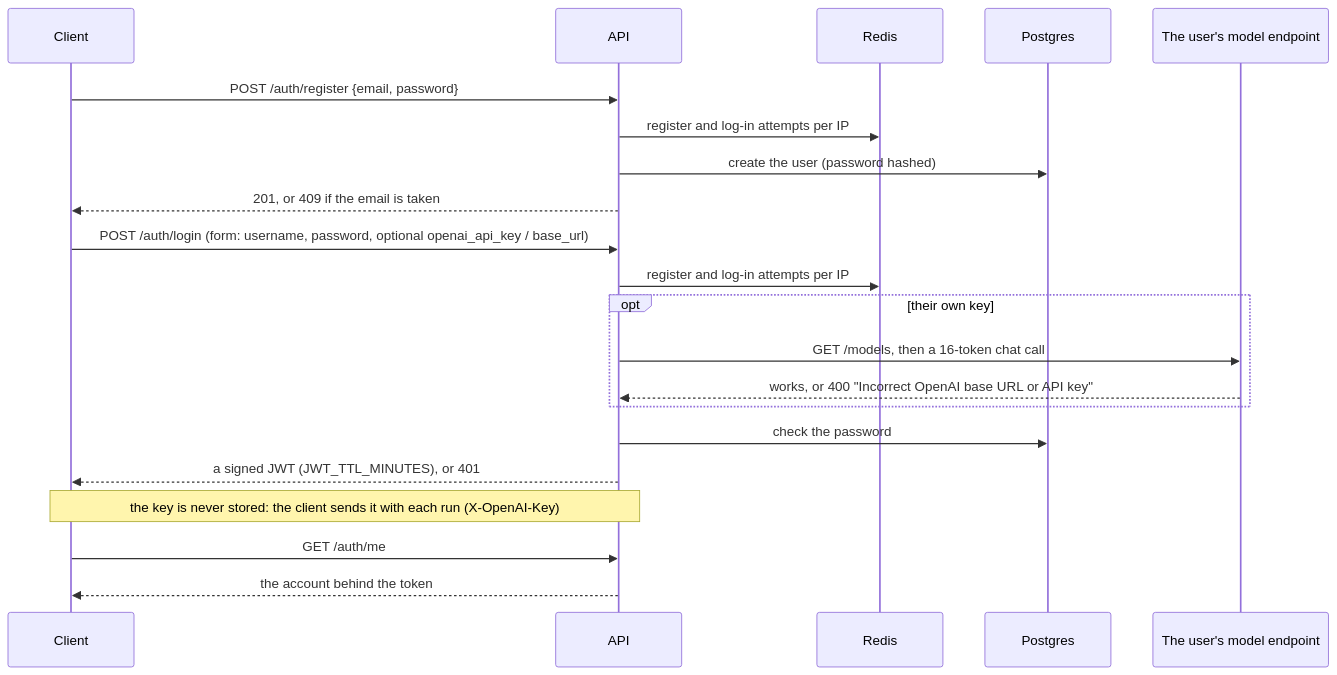
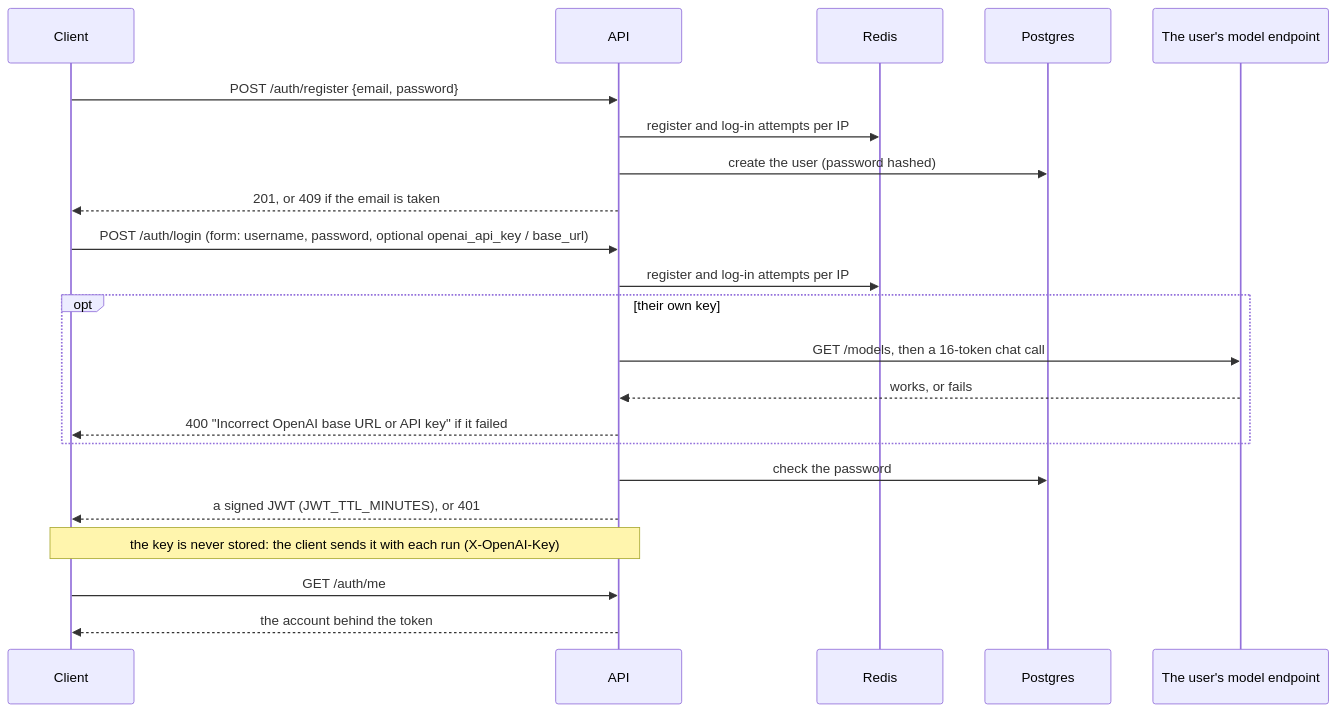
The third of 9 diagrams in docs/api.md (Anirudh1905/agentic-ai-chatbot), drawn with Mermaid before and after one commit. The commit also changed other lines of this file and 72 other files, not shown here.

````diff
--- a/docs/api.md
+++ b/docs/api.md
@@ -113,23 +118,24 @@
 ```mermaid
 sequenceDiagram
     participant C as Client
     participant API as API
     participant R as Redis
     participant PG as Postgres
     participant M as The user's model endpoint
     C->>API: POST /auth/register {email, password}
     API->>R: register and log-in attempts per IP
     API->>PG: create the user (password hashed)
     API-->>C: 201, or 409 if the email is taken
     C->>API: POST /auth/login (form: username, password, optional openai_api_key / base_url)
     API->>R: register and log-in attempts per IP
     opt their own key
         API->>M: GET /models, then a 16-token chat call
-        M-->>API: works, or 400 "Incorrect OpenAI base URL or API key"
+        M-->>API: works, or fails
+        API-->>C: 400 "Incorrect OpenAI base URL or API key" if it failed
     end
     API->>PG: check the password
     API-->>C: a signed JWT (JWT_TTL_MINUTES), or 401
     Note over C,API: the key is never stored: the client sends it with each run (X-OpenAI-Key)
     C->>API: GET /auth/me
     API-->>C: the account behind the token
 ```
````
